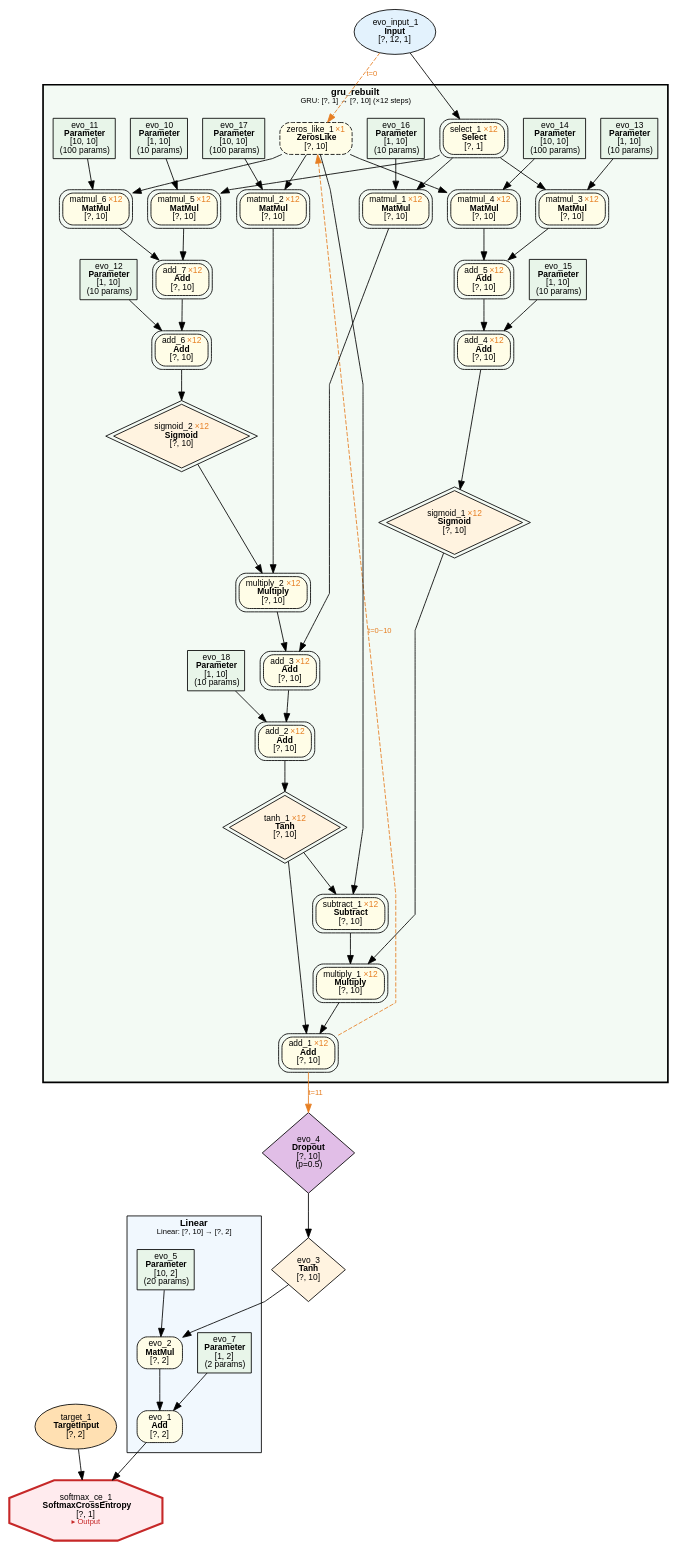
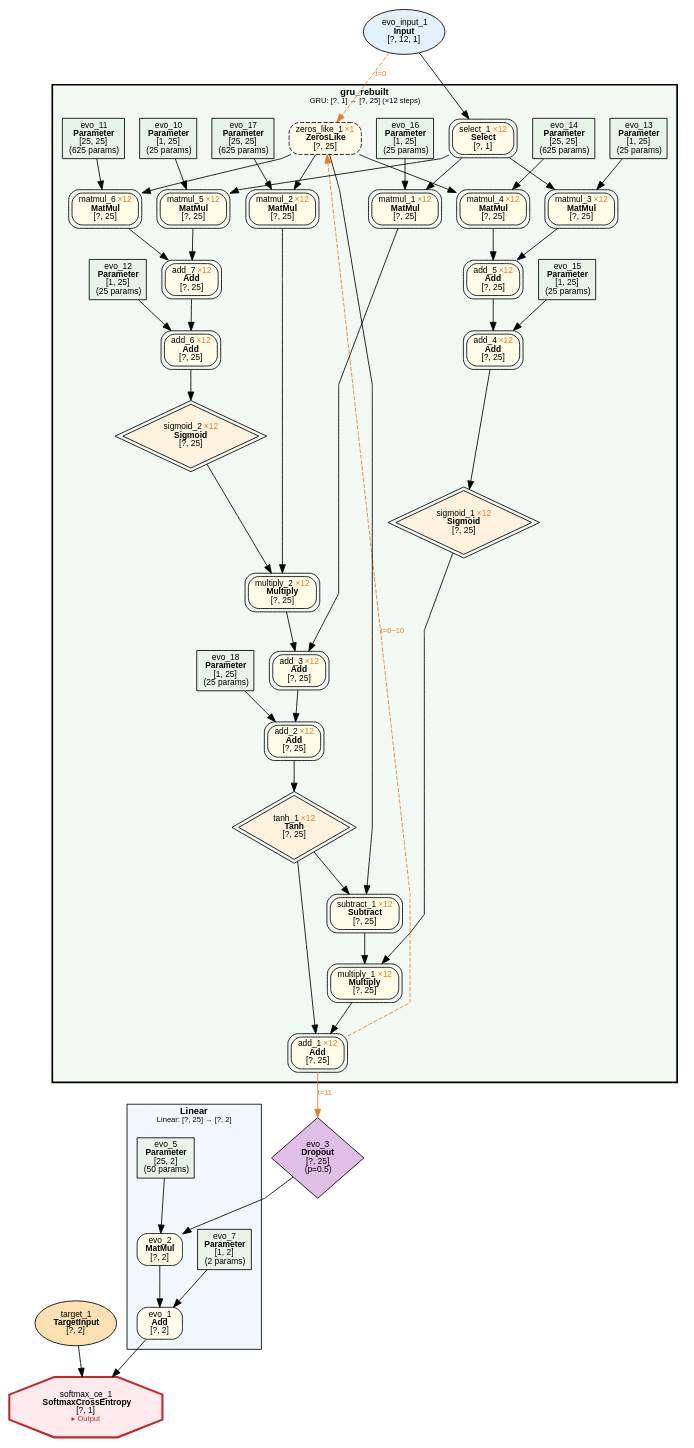
One commit to dbsxdbsx/only_torch changed the diagram in examples/evolution/parity_seq_var_len/evolution_parity_seq_var_len.dot. Above: the diagram before and after it, drawn with Graphviz. The commit also changed 2 other files, not shown here.

```diff
--- a/examples/evolution/parity_seq_var_len/evolution_parity_seq_var_len.dot
+++ b/examples/evolution/parity_seq_var_len/evolution_parity_seq_var_len.dot
@@ -6,7 +6,7 @@
     edge [fontname="Microsoft YaHei,SimHei,Arial"];
 
     subgraph cluster_group_linear_1 {
-        label=<<B>Linear</B><BR/><FONT POINT-SIZE="9">Linear: [?, 10] → [?, 2]</FONT>>;
+        label=<<B>Linear</B><BR/><FONT POINT-SIZE="9">Linear: [?, 25] → [?, 2]</FONT>>;
         style=filled;
         fillcolor="#E3F2FD80";
         fontname="Microsoft YaHei,SimHei,Arial";
@@ -15,11 +15,11 @@
             "2" [label=<evo_1<BR/><B>Add</B><BR/>[?, 2]> shape=box style="filled,rounded" fillcolor="#FFFDE7" fontsize=10];
             "4" [label=<evo_2<BR/><B>MatMul</B><BR/>[?, 2]> shape=box style="filled,rounded" fillcolor="#FFFDE7" fontsize=10];
             "5" [label=<evo_7<BR/><B>Parameter</B><BR/>[1, 2]<BR/>(2 params)> shape=box style=filled fillcolor="#E8F5E9" fontsize=10];
-            "7" [label=<evo_5<BR/><B>Parameter</B><BR/>[10, 2]<BR/>(20 params)> shape=box style=filled fillcolor="#E8F5E9" fontsize=10];
+            "7" [label=<evo_5<BR/><B>Parameter</B><BR/>[25, 2]<BR/>(50 params)> shape=box style=filled fillcolor="#E8F5E9" fontsize=10];
     }
 
     subgraph cluster_group_gru_0 {
-        label=<<B>gru_rebuilt</B><BR/><FONT POINT-SIZE="9">GRU: [?, 1] → [?, 10] (×12 steps)</FONT>>;
+        label=<<B>gru_rebuilt</B><BR/><FONT POINT-SIZE="9">GRU: [?, 1] → [?, 25] (×12 steps)</FONT>>;
         style="filled,bold";
         peripheries=3;
         penwidth=2;
@@ -27,43 +27,42 @@
         fontname="Microsoft YaHei,SimHei,Arial";
         fontsize=11;
         margin=12;
-            "9" [label=<evo_18<BR/><B>Parameter</B><BR/>[1, 10]<BR/>(10 params)> shape=box style=filled fillcolor="#E8F5E9" fontsize=10];
-            "10" [label=<evo_15<BR/><B>Parameter</B><BR/>[1, 10]<BR/>(10 params)> shape=box style=filled fillcolor="#E8F5E9" fontsize=10];
-            "11" [label=<evo_16<BR/><B>Parameter</B><BR/>[1, 10]<BR/>(10 params)> shape=box style=filled fillcolor="#E8F5E9" fontsize=10];
-            "13" [label=<evo_17<BR/><B>Parameter</B><BR/>[10, 10]<BR/>(100 params)> shape=box style=filled fillcolor="#E8F5E9" fontsize=10];
-            "14" [label=<evo_13<BR/><B>Parameter</B><BR/>[1, 10]<BR/>(10 params)> shape=box style=filled fillcolor="#E8F5E9" fontsize=10];
-            "15" [label=<evo_14<BR/><B>Parameter</B><BR/>[10, 10]<BR/>(100 params)> shape=box style=filled fillcolor="#E8F5E9" fontsize=10];
-            "16" [label=<evo_12<BR/><B>Parameter</B><BR/>[1, 10]<BR/>(10 params)> shape=box style=filled fillcolor="#E8F5E9" fontsize=10];
-            "17" [label=<evo_10<BR/><B>Parameter</B><BR/>[1, 10]<BR/>(10 params)> shape=box style=filled fillcolor="#E8F5E9" fontsize=10];
-            "18" [label=<evo_11<BR/><B>Parameter</B><BR/>[10, 10]<BR/>(100 params)> shape=box style=filled fillcolor="#E8F5E9" fontsize=10];
-            "19" [label=<add_1 <FONT COLOR="#E67E22">×12</FONT><BR/><B>Add</B><BR/>[?, 10]> shape=box style="filled,rounded" fillcolor="#FFFDE7" fontsize=10 peripheries=2];
-            "20" [label=<tanh_1 <FONT COLOR="#E67E22">×12</FONT><BR/><B>Tanh</B><BR/>[?, 10]> shape=diamond style=filled fillcolor="#FFF3E0" fontsize=10 peripheries=2];
-            "21" [label=<multiply_1 <FONT COLOR="#E67E22">×12</FONT><BR/><B>Multiply</B><BR/>[?, 10]> shape=box style="filled,rounded" fillcolor="#FFFDE7" fontsize=10 peripheries=2];
-            "22" [label=<add_2 <FONT COLOR="#E67E22">×12</FONT><BR/><B>Add</B><BR/>[?, 10]> shape=box style="filled,rounded" fillcolor="#FFFDE7" fontsize=10 peripheries=2];
-            "23" [label=<sigmoid_1 <FONT COLOR="#E67E22">×12</FONT><BR/><B>Sigmoid</B><BR/>[?, 10]> shape=diamond style=filled fillcolor="#FFF3E0" fontsize=10 peripheries=2];
-            "24" [label=<subtract_1 <FONT COLOR="#E67E22">×12</FONT><BR/><B>Subtract</B><BR/>[?, 10]> shape=box style="filled,rounded" fillcolor="#FFFDE7" fontsize=10 peripheries=2];
-            "25" [label=<add_3 <FONT COLOR="#E67E22">×12</FONT><BR/><B>Add</B><BR/>[?, 10]> shape=box style="filled,rounded" fillcolor="#FFFDE7" fontsize=10 peripheries=2];
-            "26" [label=<add_4 <FONT COLOR="#E67E22">×12</FONT><BR/><B>Add</B><BR/>[?, 10]> shape=box style="filled,rounded" fillcolor="#FFFDE7" fontsize=10 peripheries=2];
-            "27" [label=<zeros_like_1 <FONT COLOR="#E67E22">×1</FONT><BR/><B>ZerosLike</B><BR/>[?, 10]> shape=box style="filled,rounded,dashed" fillcolor="#FFFDE7" fontsize=10];
-            "28" [label=<matmul_1 <FONT COLOR="#E67E22">×12</FONT><BR/><B>MatMul</B><BR/>[?, 10]> shape=box style="filled,rounded" fillcolor="#FFFDE7" fontsize=10 peripheries=2];
-            "29" [label=<multiply_2 <FONT COLOR="#E67E22">×12</FONT><BR/><B>Multiply</B><BR/>[?, 10]> shape=box style="filled,rounded" fillcolor="#FFFDE7" fontsize=10 peripheries=2];
-            "30" [label=<add_5 <FONT COLOR="#E67E22">×12</FONT><BR/><B>Add</B><BR/>[?, 10]> shape=box style="filled,rounded" fillcolor="#FFFDE7" fontsize=10 peripheries=2];
-            "31" [label=<select_1 <FONT COLOR="#E67E22">×12</FONT><BR/><B>Select</B><BR/>[?, 1]> shape=box style="filled,rounded" fillcolor="#FFFDE7" fontsize=10 peripheries=2];
-            "32" [label=<sigmoid_2 <FONT COLOR="#E67E22">×12</FONT><BR/><B>Sigmoid</B><BR/>[?, 10]> shape=diamond style=filled fillcolor="#FFF3E0" fontsize=10 peripheries=2];
-            "33" [label=<matmul_2 <FONT COLOR="#E67E22">×12</FONT><BR/><B>MatMul</B><BR/>[?, 10]> shape=box style="filled,rounded" fillcolor="#FFFDE7" fontsize=10 peripheries=2];
-            "34" [label=<matmul_3 <FONT COLOR="#E67E22">×12</FONT><BR/><B>MatMul</B><BR/>[?, 10]> shape=box style="filled,rounded" fillcolor="#FFFDE7" fontsize=10 peripheries=2];
-            "35" [label=<matmul_4 <FONT COLOR="#E67E22">×12</FONT><BR/><B>MatMul</B><BR/>[?, 10]> shape=box style="filled,rounded" fillcolor="#FFFDE7" fontsize=10 peripheries=2];
-            "36" [label=<add_6 <FONT COLOR="#E67E22">×12</FONT><BR/><B>Add</B><BR/>[?, 10]> shape=box style="filled,rounded" fillcolor="#FFFDE7" fontsize=10 peripheries=2];
-            "37" [label=<add_7 <FONT COLOR="#E67E22">×12</FONT><BR/><B>Add</B><BR/>[?, 10]> shape=box style="filled,rounded" fillcolor="#FFFDE7" fontsize=10 peripheries=2];
-            "38" [label=<matmul_5 <FONT COLOR="#E67E22">×12</FONT><BR/><B>MatMul</B><BR/>[?, 10]> shape=box style="filled,rounded" fillcolor="#FFFDE7" fontsize=10 peripheries=2];
-            "39" [label=<matmul_6 <FONT COLOR="#E67E22">×12</FONT><BR/><B>MatMul</B><BR/>[?, 10]> shape=box style="filled,rounded" fillcolor="#FFFDE7" fontsize=10 peripheries=2];
+            "8" [label=<evo_18<BR/><B>Parameter</B><BR/>[1, 25]<BR/>(25 params)> shape=box style=filled fillcolor="#E8F5E9" fontsize=10];
+            "9" [label=<evo_15<BR/><B>Parameter</B><BR/>[1, 25]<BR/>(25 params)> shape=box style=filled fillcolor="#E8F5E9" fontsize=10];
+            "10" [label=<evo_16<BR/><B>Parameter</B><BR/>[1, 25]<BR/>(25 params)> shape=box style=filled fillcolor="#E8F5E9" fontsize=10];
+            "12" [label=<evo_17<BR/><B>Parameter</B><BR/>[25, 25]<BR/>(625 params)> shape=box style=filled fillcolor="#E8F5E9" fontsize=10];
+            "13" [label=<evo_13<BR/><B>Parameter</B><BR/>[1, 25]<BR/>(25 params)> shape=box style=filled fillcolor="#E8F5E9" fontsize=10];
+            "14" [label=<evo_14<BR/><B>Parameter</B><BR/>[25, 25]<BR/>(625 params)> shape=box style=filled fillcolor="#E8F5E9" fontsize=10];
+            "15" [label=<evo_12<BR/><B>Parameter</B><BR/>[1, 25]<BR/>(25 params)> shape=box style=filled fillcolor="#E8F5E9" fontsize=10];
+            "16" [label=<evo_10<BR/><B>Parameter</B><BR/>[1, 25]<BR/>(25 params)> shape=box style=filled fillcolor="#E8F5E9" fontsize=10];
+            "17" [label=<evo_11<BR/><B>Parameter</B><BR/>[25, 25]<BR/>(625 params)> shape=box style=filled fillcolor="#E8F5E9" fontsize=10];
+            "18" [label=<add_1 <FONT COLOR="#E67E22">×12</FONT><BR/><B>Add</B><BR/>[?, 25]> shape=box style="filled,rounded" fillcolor="#FFFDE7" fontsize=10 peripheries=2];
+            "19" [label=<tanh_1 <FONT COLOR="#E67E22">×12</FONT><BR/><B>Tanh</B><BR/>[?, 25]> shape=diamond style=filled fillcolor="#FFF3E0" fontsize=10 peripheries=2];
+            "20" [label=<multiply_1 <FONT COLOR="#E67E22">×12</FONT><BR/><B>Multiply</B><BR/>[?, 25]> shape=box style="filled,rounded" fillcolor="#FFFDE7" fontsize=10 peripheries=2];
+            "21" [label=<add_2 <FONT COLOR="#E67E22">×12</FONT><BR/><B>Add</B><BR/>[?, 25]> shape=box style="filled,rounded" fillcolor="#FFFDE7" fontsize=10 peripheries=2];
+            "22" [label=<sigmoid_1 <FONT COLOR="#E67E22">×12</FONT><BR/><B>Sigmoid</B><BR/>[?, 25]> shape=diamond style=filled fillcolor="#FFF3E0" fontsize=10 peripheries=2];
+            "23" [label=<subtract_1 <FONT COLOR="#E67E22">×12</FONT><BR/><B>Subtract</B><BR/>[?, 25]> shape=box style="filled,rounded" fillcolor="#FFFDE7" fontsize=10 peripheries=2];
+            "24" [label=<add_3 <FONT COLOR="#E67E22">×12</FONT><BR/><B>Add</B><BR/>[?, 25]> shape=box style="filled,rounded" fillcolor="#FFFDE7" fontsize=10 peripheries=2];
+            "25" [label=<add_4 <FONT COLOR="#E67E22">×12</FONT><BR/><B>Add</B><BR/>[?, 25]> shape=box style="filled,rounded" fillcolor="#FFFDE7" fontsize=10 peripheries=2];
+            "26" [label=<zeros_like_1 <FONT COLOR="#E67E22">×1</FONT><BR/><B>ZerosLike</B><BR/>[?, 25]> shape=box style="filled,rounded,dashed" fillcolor="#FFFDE7" fontsize=10];
+            "27" [label=<matmul_1 <FONT COLOR="#E67E22">×12</FONT><BR/><B>MatMul</B><BR/>[?, 25]> shape=box style="filled,rounded" fillcolor="#FFFDE7" fontsize=10 peripheries=2];
+            "28" [label=<multiply_2 <FONT COLOR="#E67E22">×12</FONT><BR/><B>Multiply</B><BR/>[?, 25]> shape=box style="filled,rounded" fillcolor="#FFFDE7" fontsize=10 peripheries=2];
+            "29" [label=<add_5 <FONT COLOR="#E67E22">×12</FONT><BR/><B>Add</B><BR/>[?, 25]> shape=box style="filled,rounded" fillcolor="#FFFDE7" fontsize=10 peripheries=2];
+            "30" [label=<select_1 <FONT COLOR="#E67E22">×12</FONT><BR/><B>Select</B><BR/>[?, 1]> shape=box style="filled,rounded" fillcolor="#FFFDE7" fontsize=10 peripheries=2];
+            "31" [label=<sigmoid_2 <FONT COLOR="#E67E22">×12</FONT><BR/><B>Sigmoid</B><BR/>[?, 25]> shape=diamond style=filled fillcolor="#FFF3E0" fontsize=10 peripheries=2];
+            "32" [label=<matmul_2 <FONT COLOR="#E67E22">×12</FONT><BR/><B>MatMul</B><BR/>[?, 25]> shape=box style="filled,rounded" fillcolor="#FFFDE7" fontsize=10 peripheries=2];
+            "33" [label=<matmul_3 <FONT COLOR="#E67E22">×12</FONT><BR/><B>MatMul</B><BR/>[?, 25]> shape=box style="filled,rounded" fillcolor="#FFFDE7" fontsize=10 peripheries=2];
+            "34" [label=<matmul_4 <FONT COLOR="#E67E22">×12</FONT><BR/><B>MatMul</B><BR/>[?, 25]> shape=box style="filled,rounded" fillcolor="#FFFDE7" fontsize=10 peripheries=2];
+            "35" [label=<add_6 <FONT COLOR="#E67E22">×12</FONT><BR/><B>Add</B><BR/>[?, 25]> shape=box style="filled,rounded" fillcolor="#FFFDE7" fontsize=10 peripheries=2];
+            "36" [label=<add_7 <FONT COLOR="#E67E22">×12</FONT><BR/><B>Add</B><BR/>[?, 25]> shape=box style="filled,rounded" fillcolor="#FFFDE7" fontsize=10 peripheries=2];
+            "37" [label=<matmul_5 <FONT COLOR="#E67E22">×12</FONT><BR/><B>MatMul</B><BR/>[?, 25]> shape=box style="filled,rounded" fillcolor="#FFFDE7" fontsize=10 peripheries=2];
+            "38" [label=<matmul_6 <FONT COLOR="#E67E22">×12</FONT><BR/><B>MatMul</B><BR/>[?, 25]> shape=box style="filled,rounded" fillcolor="#FFFDE7" fontsize=10 peripheries=2];
     }
 
     "1" [label=<softmax_ce_1<BR/><B>SoftmaxCrossEntropy</B><BR/>[?, 1]<BR/><FONT COLOR="#C62828" POINT-SIZE="9">▸ Output</FONT>> shape=octagon style=filled fillcolor="#FFEBEE" fontsize=10 penwidth=2.5 color="#C62828"];
     "3" [label=<target_1<BR/><B>TargetInput</B><BR/>[?, 2]> shape=ellipse style=filled fillcolor="#FFE0B2" fontsize=10];
-    "6" [label=<evo_3<BR/><B>Tanh</B><BR/>[?, 10]> shape=diamond style=filled fillcolor="#FFF3E0" fontsize=10];
-    "8" [label=<evo_4<BR/><B>Dropout</B><BR/>[?, 10]<BR/>(p=0.5)> shape=diamond style=filled fillcolor="#E1BEE7" fontsize=10];
-    "12" [label=<evo_input_1<BR/><B>Input</B><BR/>[?, 12, 1]> shape=ellipse style=filled fillcolor="#E3F2FD" fontsize=10];
+    "6" [label=<evo_3<BR/><B>Dropout</B><BR/>[?, 25]<BR/>(p=0.5)> shape=diamond style=filled fillcolor="#E1BEE7" fontsize=10];
+    "11" [label=<evo_input_1<BR/><B>Input</B><BR/>[?, 12, 1]> shape=ellipse style=filled fillcolor="#E3F2FD" fontsize=10];
 
     "2" -> "1";
     "3" -> "1";
@@ -71,44 +70,43 @@
     "5" -> "2";
     "6" -> "4";
     "7" -> "4";
-    "8" -> "6";
-    "19" -> "8" [ color="#E67E22" label=<t=11> fontcolor="#E67E22" fontsize=9];
-    "20" -> "19";
+    "18" -> "6" [ color="#E67E22" label=<t=11> fontcolor="#E67E22" fontsize=9];
+    "19" -> "18";
+    "20" -> "18";
     "21" -> "19";
     "22" -> "20";
-    "23" -> "21";
+    "23" -> "20";
     "24" -> "21";
+    "8" -> "21";
     "25" -> "22";
-    "9" -> "22";
     "26" -> "23";
+    "19" -> "23";
     "27" -> "24";
-    "20" -> "24";
-    "28" -> "25";
+    "28" -> "24";
     "29" -> "25";
-    "30" -> "26";
-    "10" -> "26";
-    "12" -> "27" [ style=dashed color="#E67E22" label=<t=0> fontcolor="#E67E22" fontsize=9];
+    "9" -> "25";
+    "11" -> "26" [ style=dashed color="#E67E22" label=<t=0> fontcolor="#E67E22" fontsize=9];
+    "30" -> "27";
+    "10" -> "27";
     "31" -> "28";
-    "11" -> "28";
-    "32" -> "29";
+    "32" -> "28";
     "33" -> "29";
-    "34" -> "30";
-    "35" -> "30";
-    "12" -> "31";
-    "36" -> "32";
-    "27" -> "33";
+    "34" -> "29";
+    "11" -> "30";
+    "35" -> "31";
+    "26" -> "32";
+    "12" -> "32";
+    "30" -> "33";
     "13" -> "33";
-    "31" -> "34";
+    "26" -> "34";
     "14" -> "34";
-    "27" -> "35";
+    "36" -> "35";
     "15" -> "35";
     "37" -> "36";
-    "16" -> "36";
-    "38" -> "37";
-    "39" -> "37";
-    "31" -> "38";
+    "38" -> "36";
+    "30" -> "37";
+    "16" -> "37";
+    "26" -> "38";
     "17" -> "38";
-    "27" -> "39";
-    "18" -> "39";
-    "19" -> "27" [style=dashed color="#E67E22" label=<t=0~10> fontcolor="#E67E22" fontsize=9 constraint=false];
+    "18" -> "26" [style=dashed color="#E67E22" label=<t=0~10> fontcolor="#E67E22" fontsize=9 constraint=false];
 }
```
